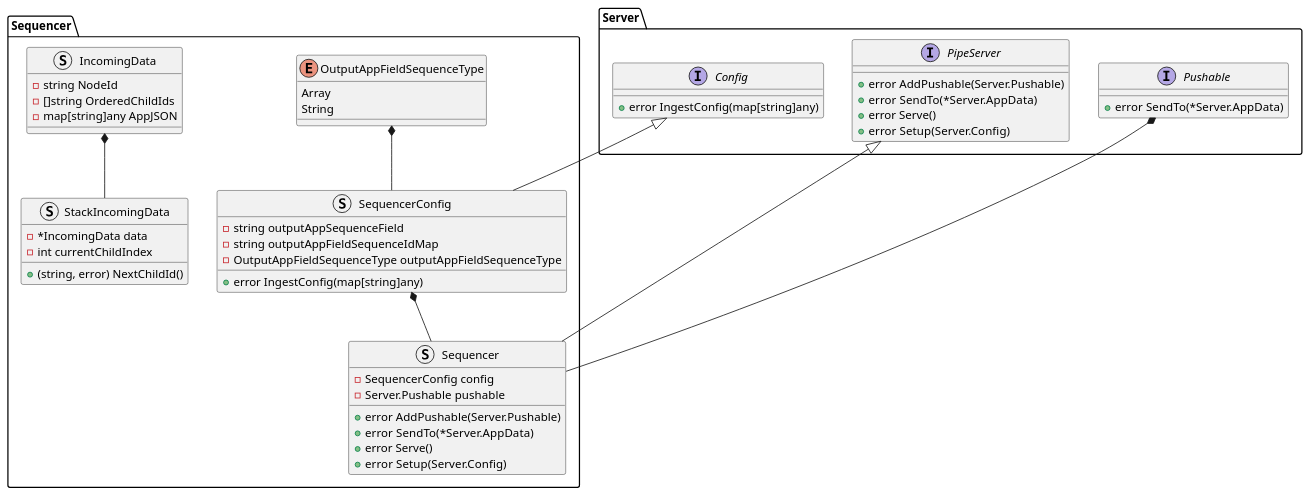
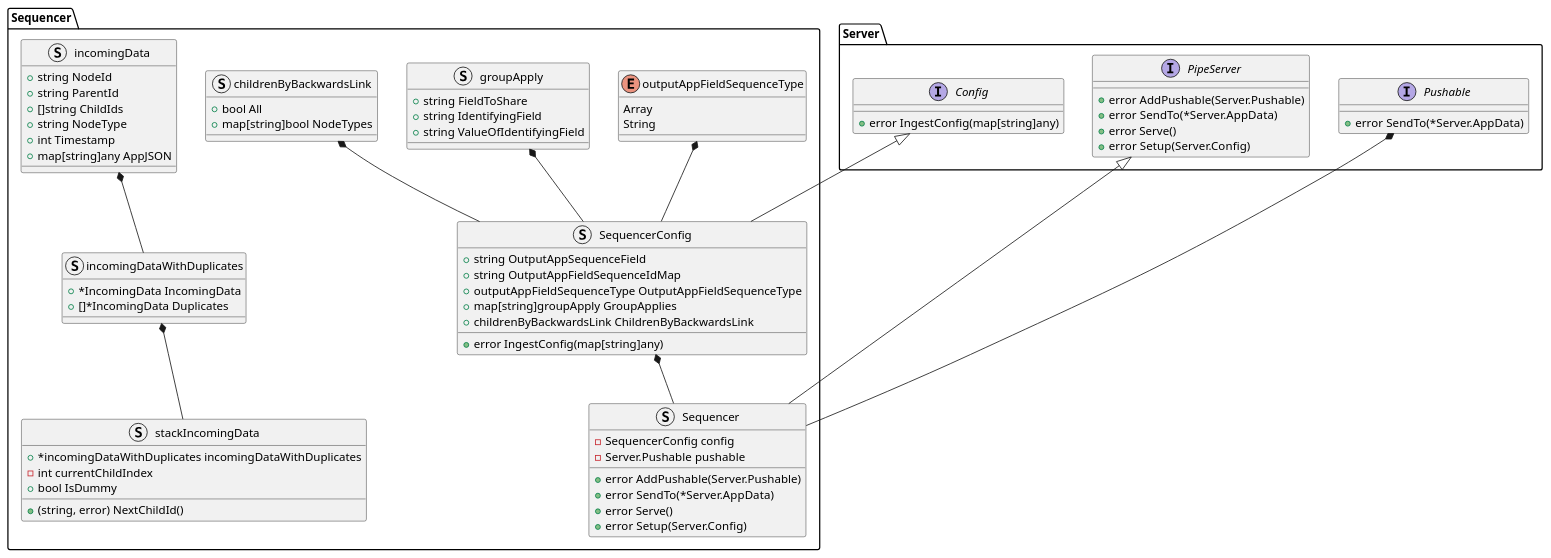
One commit to xtuml/otel2pv changed the diagram in docs/design_notes/DN2_Sequencer/class_diagram.puml. Above: the diagram before and after it, drawn with PlantUML. The commit also changed 2 other files, not shown here.

Commit message:
CDSOPV-173 update sequencer desing note and class diagram (#112)

```diff
--- a/docs/design_notes/DN2_Sequencer/class_diagram.puml
+++ b/docs/design_notes/DN2_Sequencer/class_diagram.puml
@@ -1,52 +1,75 @@
 @startuml
 interface Server.Config {
     +error IngestConfig(map[string]any)
 }
 interface Server.PipeServer {
     +error AddPushable(Server.Pushable)
     +error SendTo(*Server.AppData)
     +error Serve()
     +error Setup(Server.Config)
 }
 interface Server.Pushable {
     +error SendTo(*Server.AppData)
 }
 
 namespace Sequencer {
-    enum OutputAppFieldSequenceType {
+    enum outputAppFieldSequenceType {
         Array
         String
     }
+    struct groupApply {
+        +string FieldToShare
+        +string IdentifyingField
+        +string ValueOfIdentifyingField
+    }
+    struct childrenByBackwardsLink {
+        +bool All
+        +map[string]bool NodeTypes
+    }
     struct SequencerConfig {
-        -string outputAppSequenceField
-        -string outputAppFieldSequenceIdMap
-        -OutputAppFieldSequenceType outputAppFieldSequenceType
+        +string OutputAppSequenceField
+        +string OutputAppFieldSequenceIdMap
+        +outputAppFieldSequenceType OutputAppFieldSequenceType
+        +map[string]groupApply GroupApplies
+        +childrenByBackwardsLink ChildrenByBackwardsLink
         +error IngestConfig(map[string]any)
     }
     struct Sequencer {
         -SequencerConfig config
         -Server.Pushable pushable
         +error AddPushable(Server.Pushable)
         +error SendTo(*Server.AppData)
         +error Serve()
         +error Setup(Server.Config)
     }
-    struct IncomingData {
-        -string NodeId
-        -[]string OrderedChildIds
-        -map[string]any AppJSON
+    struct incomingData {
+        +string NodeId
+        +string ParentId
+        +[]string ChildIds
+        +string NodeType
+        +int Timestamp
+        +map[string]any AppJSON
     }
-    struct StackIncomingData {
-        -*IncomingData data
+    struct incomingDataWithDuplicates {
+        +*IncomingData IncomingData
+        +[]*IncomingData Duplicates
+    }
+    struct stackIncomingData {
+        +*incomingDataWithDuplicates incomingDataWithDuplicates
         -int currentChildIndex
+        +bool IsDummy
         +(string, error) NextChildId()
     }
 }
 
 Server.PipeServer <|-- Sequencer.Sequencer
 Server.Pushable *-- Sequencer.Sequencer
 Server.Config <|-- Sequencer.SequencerConfig
 Sequencer.SequencerConfig *-- Sequencer.Sequencer
-Sequencer.OutputAppFieldSequenceType *-- Sequencer.SequencerConfig
-Sequencer.IncomingData *-- Sequencer.StackIncomingData
+Sequencer.incomingData *-- Sequencer.incomingDataWithDuplicates
+Sequencer.incomingDataWithDuplicates *-- Sequencer.stackIncomingData
+Sequencer.groupApply *-- Sequencer.SequencerConfig
+Sequencer.childrenByBackwardsLink *-- Sequencer.SequencerConfig
+Sequencer.outputAppFieldSequenceType *-- Sequencer.SequencerConfig
+
 @enduml
```
